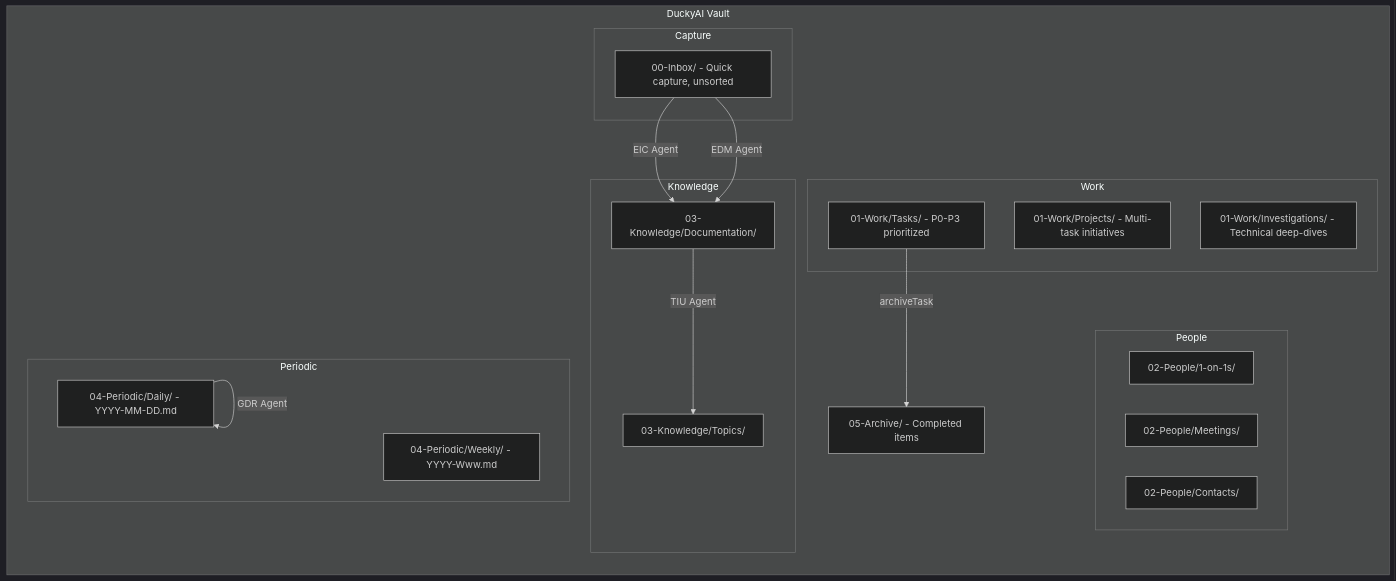
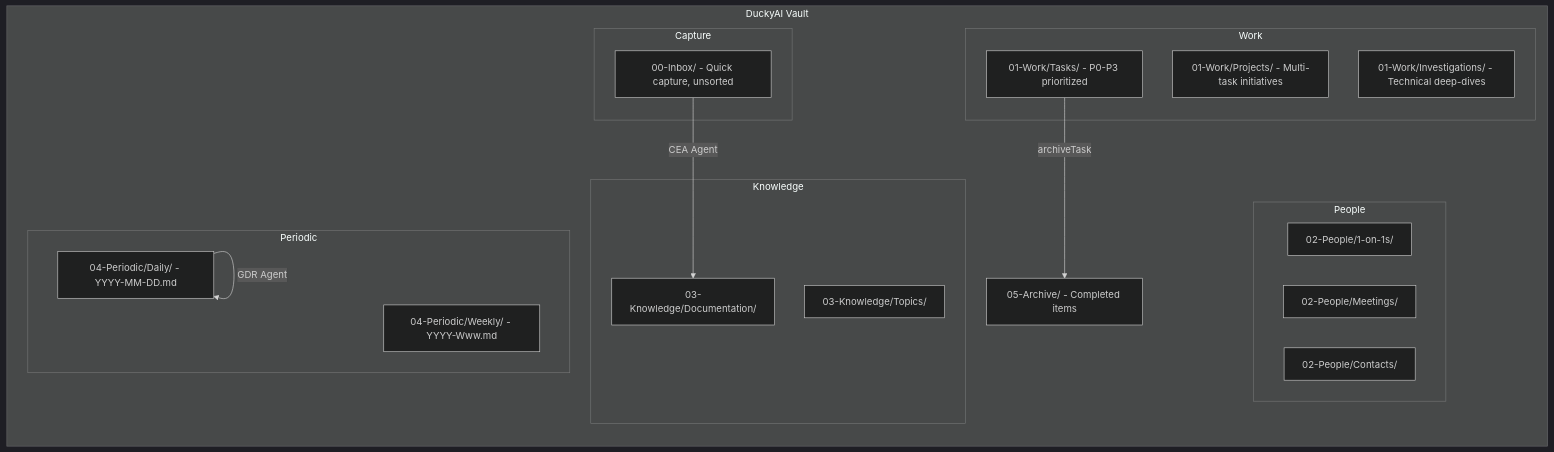
One commit to kipackjeongMS/DuckyAI changed the fifth of 15 diagrams in cli/docs/DuckyAI-System-Design.md. Above: the diagram before and after it, drawn with Mermaid (dark theme). The commit also changed other lines of this file and 173 other files, not shown here.

````diff
--- a/cli/docs/DuckyAI-System-Design.md
+++ b/cli/docs/DuckyAI-System-Design.md
@@ -248,40 +248,38 @@
 ```mermaid
 graph TB
     subgraph VAULT["DuckyAI Vault"]
         direction TB
 
         subgraph CAPTURE["Capture"]
             INB["00-Inbox/ - Quick capture, unsorted"]
         end
 
         subgraph WORK["Work"]
             TASKS["01-Work/Tasks/ - P0-P3 prioritized"]
             PROJ["01-Work/Projects/ - Multi-task initiatives"]
             INV["01-Work/Investigations/ - Technical deep-dives"]
         end
 
         subgraph PEOPLE["People"]
             ONES["02-People/1-on-1s/"]
             MEET["02-People/Meetings/"]
             CONT["02-People/Contacts/"]
         end
 
         subgraph KNOWLEDGE["Knowledge"]
             DOCS["03-Knowledge/Documentation/"]
             TOPICS["03-Knowledge/Topics/"]
         end
 
         subgraph PERIODIC["Periodic"]
             DAILY["04-Periodic/Daily/ - YYYY-MM-DD.md"]
             WEEKLY["04-Periodic/Weekly/ - YYYY-Www.md"]
         end
 
         ARC["05-Archive/ - Completed items"]
     end
 
-    INB -->|EIC Agent| DOCS
-    INB -->|EDM Agent| DOCS
+    INB -->|CEA Agent| DOCS
     TASKS -->|archiveTask| ARC
     DAILY -->|GDR Agent| DAILY
-    DOCS -->|TIU Agent| TOPICS
 ```
````
